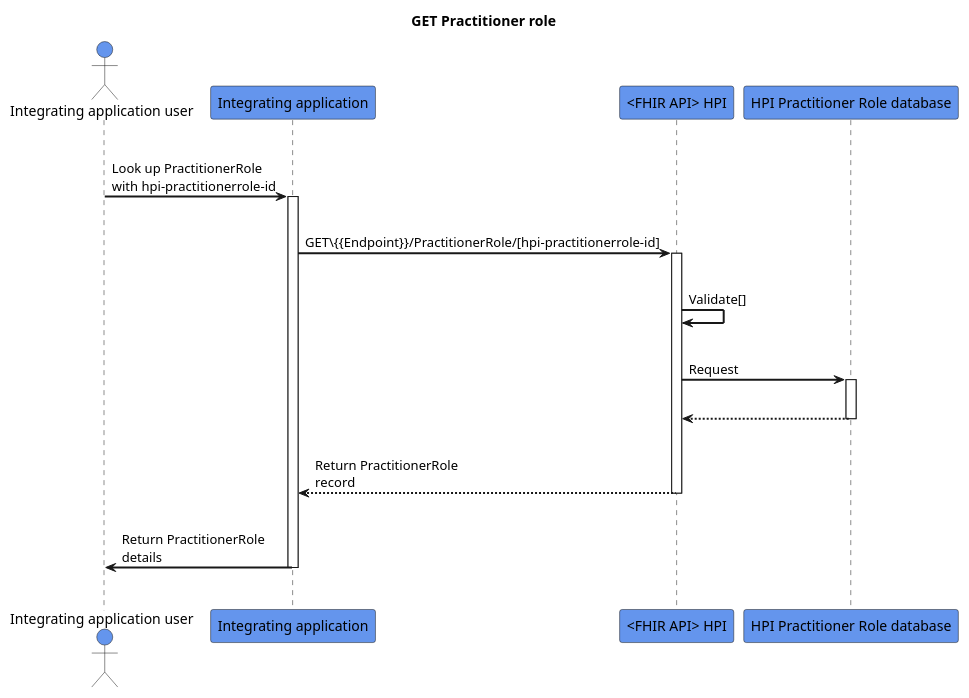
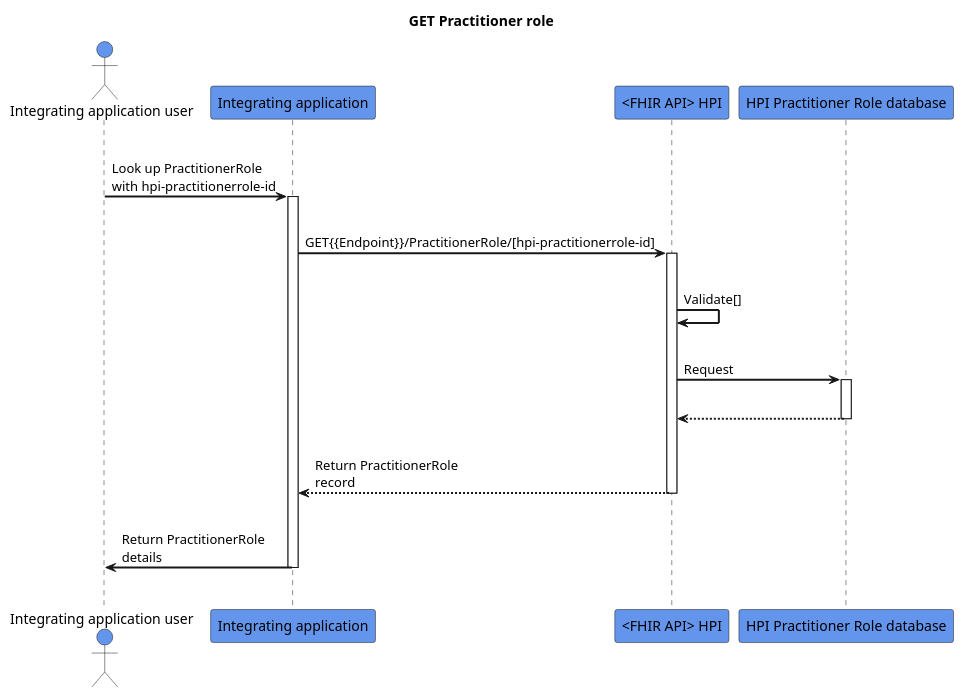
The diagram in input/images-source/get-practitionerrole.plantuml (HL7NZ/hpi), drawn with PlantUML before and after one commit.

```diff
--- a/input/images-source/get-practitionerrole.plantuml
+++ b/input/images-source/get-practitionerrole.plantuml
@@ -1,32 +1,32 @@
 @startuml
 skinparam sequenceArrowThickness 2
 skinparam roundcorner 5
 skinparam maxmessagesize 180
 skinparam sequenceParticipant bold
 title GET Practitioner role
 actor "Integrating application user" as User #CornflowerBlue
 participant "Integrating application" as A #CornflowerBlue
 participant "<FHIR API> HPI" as B #CornflowerBlue
 participant "HPI Practitioner Role database" as C #CornflowerBlue
 |||
 User -> A: Look up PractitionerRole with hpi-practitionerrole-id
 activate A
 |||
-A -> B: GET\{{Endpoint}}/PractitionerRole/[hpi-practitionerrole-id]
+A -> B: GET{{Endpoint}}/PractitionerRole/[hpi-practitionerrole-id]
 activate B
 |||
 B -> B: Validate[]
 |||
 B -> C: Request
 activate C
 |||
 C -[dashed]-> B:  
 deactivate C
 |||
 B -[dashed]-> A:Return PractitionerRole record
 deactivate B
 |||
 A -> User: Return PractitionerRole details
 deactivate A
 |||
 @endumlp
```
